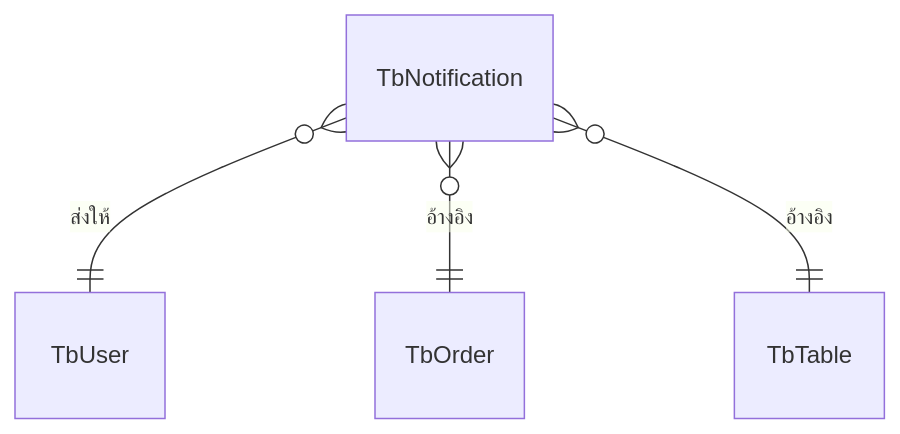
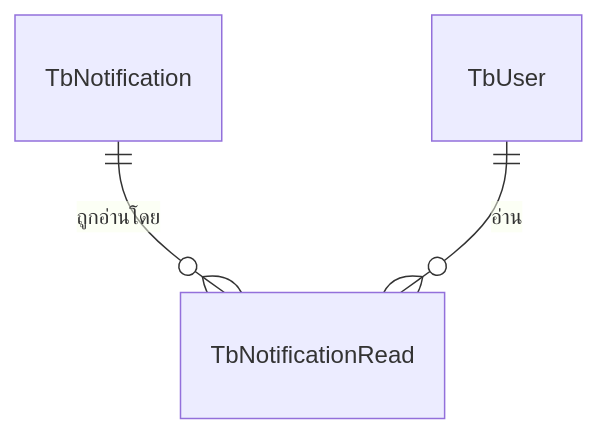
One commit to TurkPhakim/RBMS-POS-Website changed diagram 20 of 20 in doc/report/05-chapter-3-design.md. Above: the diagram before and after it, drawn with Mermaid. The commit also changed other lines of this file and 18 other files, not shown here.

````diff
--- a/doc/report/05-chapter-3-design.md
+++ b/doc/report/05-chapter-3-design.md
@@ -709,6 +797,5 @@
 ```mermaid
 erDiagram
-    TbNotification }o--|| TbUser : "ส่งให้"
-    TbNotification }o--|| TbOrder : "อ้างอิง"
-    TbNotification }o--|| TbTable : "อ้างอิง"
+    TbNotification ||--o{ TbNotificationRead : "ถูกอ่านโดย"
+    TbUser ||--o{ TbNotificationRead : "อ่าน"
 ```
````
